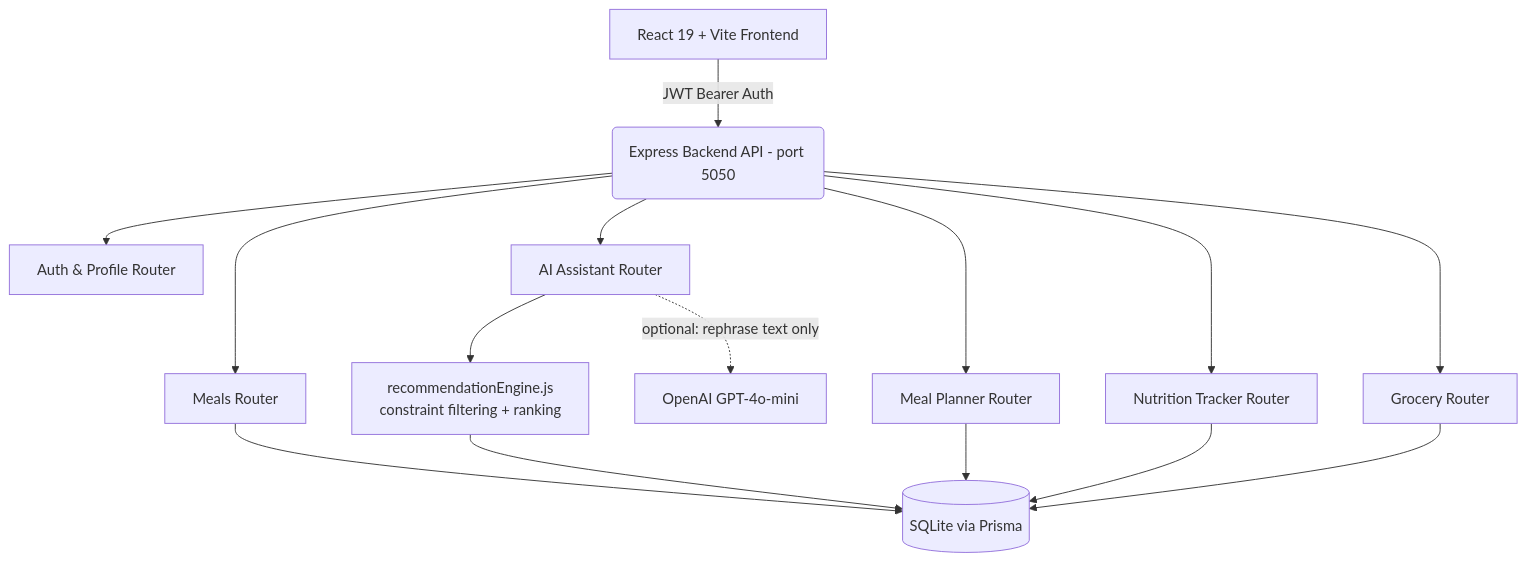
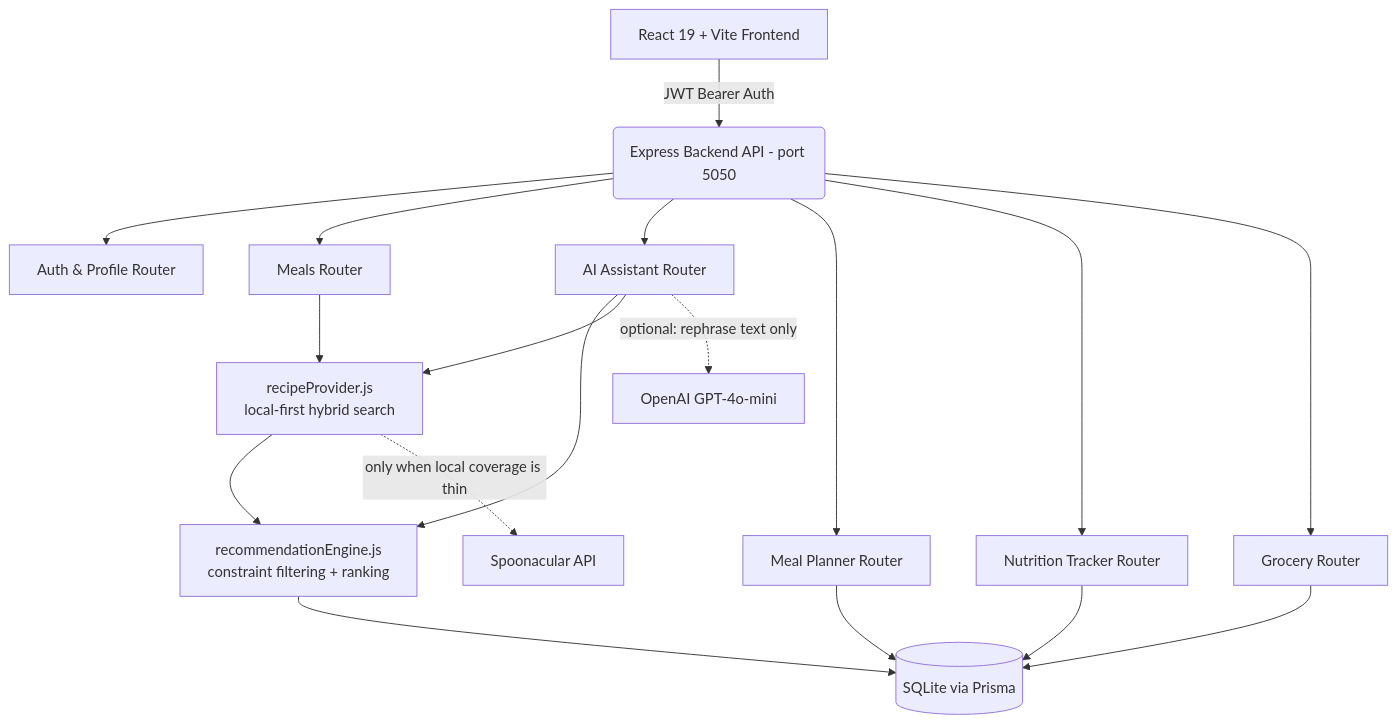
Before and after one commit to Mohiarya/Meal-finder-project: the diagram in README.md, drawn with Mermaid. The commit also changed other lines of this file and 12 other files, not shown here.

````diff
--- a/README.md
+++ b/README.md
@@ -44,18 +47,21 @@
 ```mermaid
 graph TD
     A[React 19 + Vite Frontend] -->|JWT Bearer Auth| B(Express Backend API - port 5050)
     B --> C[Auth & Profile Router]
     B --> D[Meals Router]
     B --> E[AI Assistant Router]
     B --> F[Meal Planner Router]
     B --> G[Nutrition Tracker Router]
     B --> H[Grocery Router]
 
     E --> K[recommendationEngine.js\nconstraint filtering + ranking]
+    D --> L[recipeProvider.js\nlocal-first hybrid search]
+    E --> L
+    L --> K
     K --> I[(SQLite via Prisma)]
+    L -.->|only when local coverage is thin| M[Spoonacular API]
     E -.->|optional: rephrase text only| J[OpenAI GPT-4o-mini]
-    D --> I
     F --> I
     G --> I
     H --> I
 ```
````
